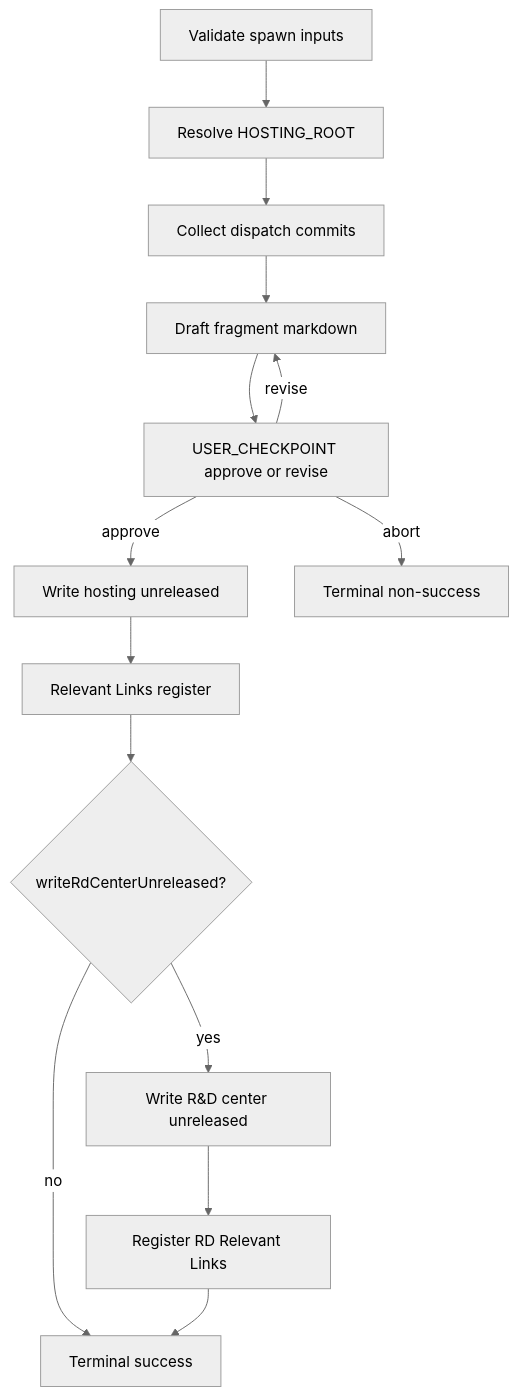
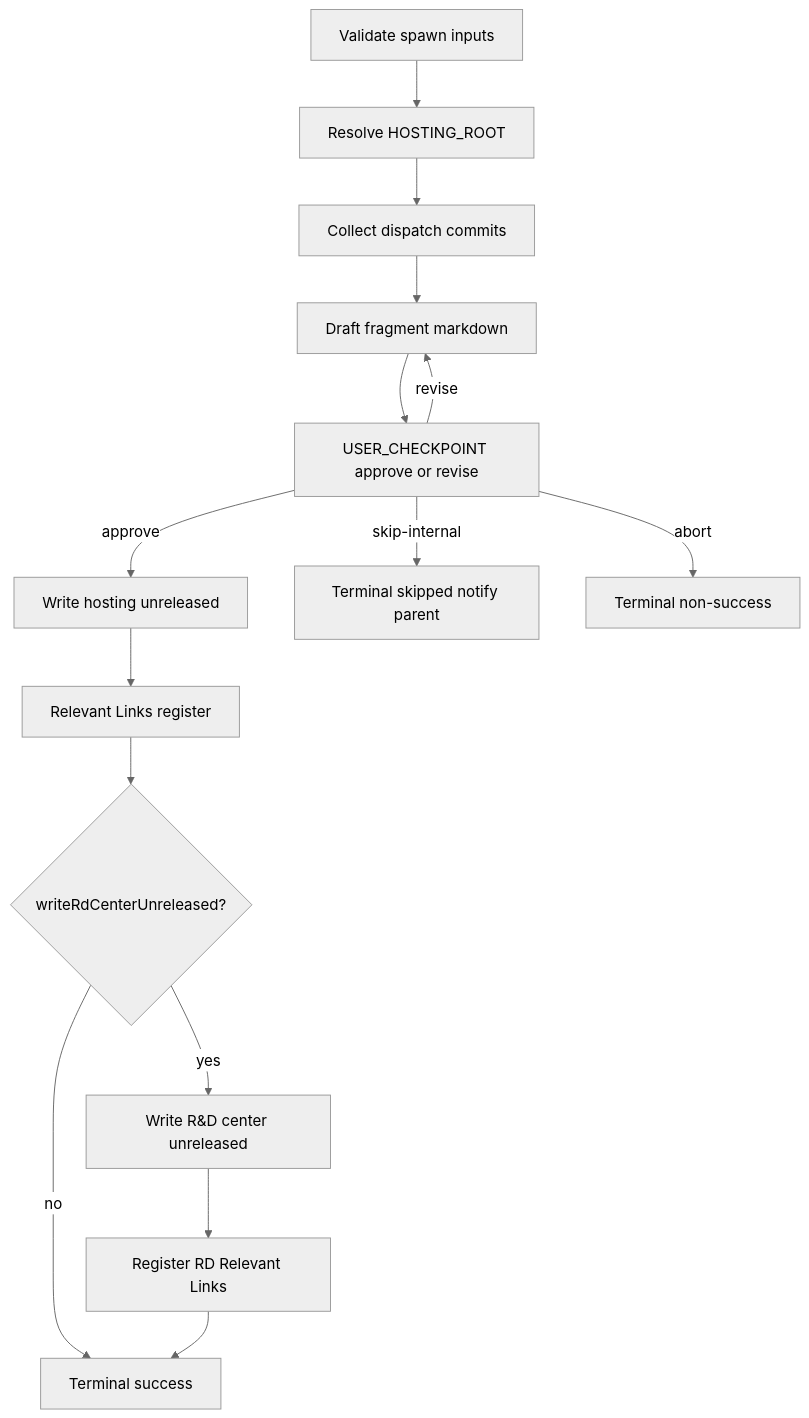
One commit to sedea-ai/research-and-development changed the diagram in missions/plan-and-deliver/skills/capture-release-note/SKILL.md. Above: the diagram before and after it, drawn with Mermaid (neutral theme). The commit also changed other lines of this file and 1 other file, not shown here.

First line of the commit message:
feat(capture-release-note): skip-internal option notifies Squad Leader

````diff
--- a/missions/plan-and-deliver/skills/capture-release-note/SKILL.md
+++ b/missions/plan-and-deliver/skills/capture-release-note/SKILL.md
@@ -115,16 +117,17 @@
 ```mermaid
 flowchart TD
   A[Validate spawn inputs] --> B[Resolve HOSTING_ROOT]
   B --> C[Collect dispatch commits]
   C --> D[Draft fragment markdown]
   D --> E[USER_CHECKPOINT approve or revise]
   E -->|revise| D
   E -->|approve| F[Write hosting unreleased]
   F --> R[Relevant Links register]
   R --> G{writeRdCenterUnreleased?}
   G -->|yes| H[Write R&D center unreleased]
   G -->|no| I[Terminal success]
   H --> R2[Register RD Relevant Links]
   R2 --> I
+  E -->|skip-internal| K[Terminal skipped notify parent]
   E -->|abort| J[Terminal non-success]
 ```
````
